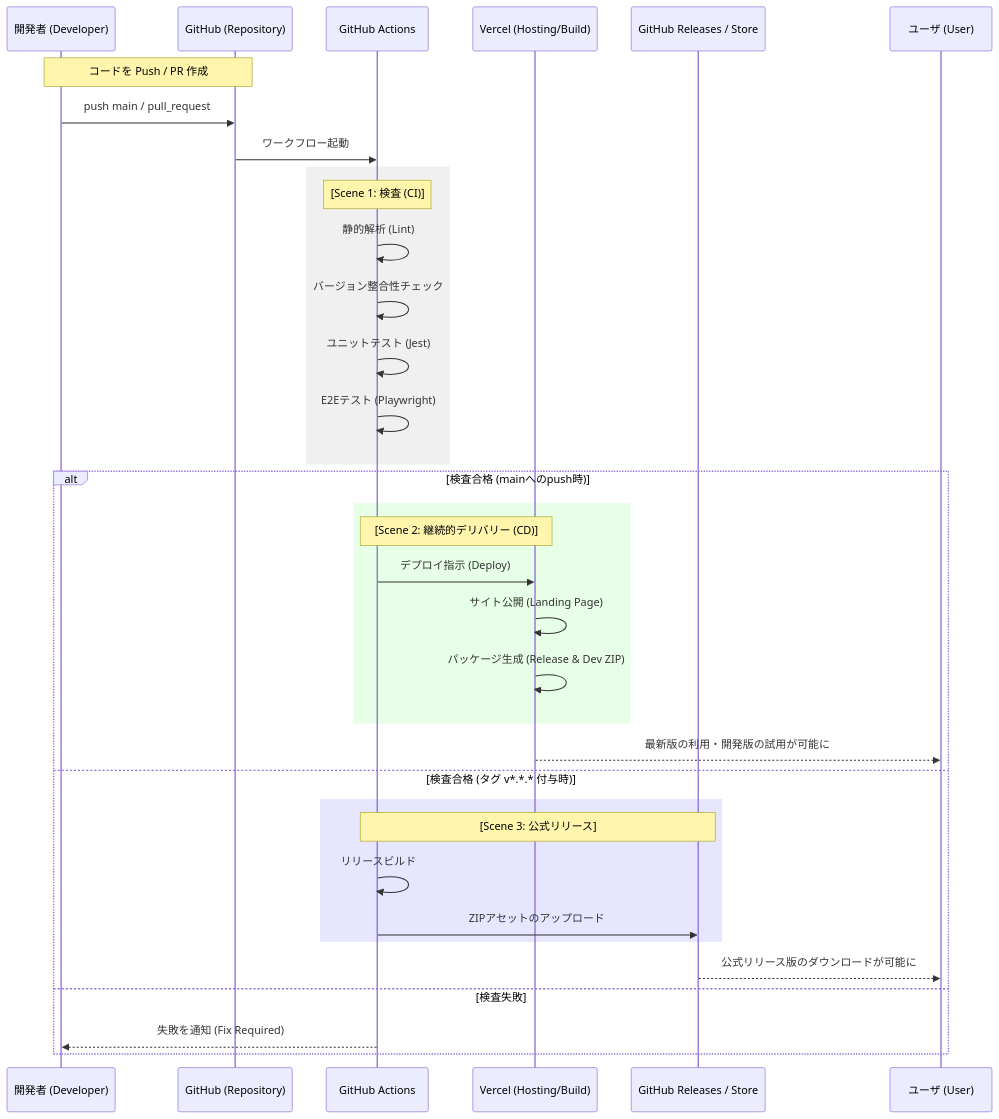
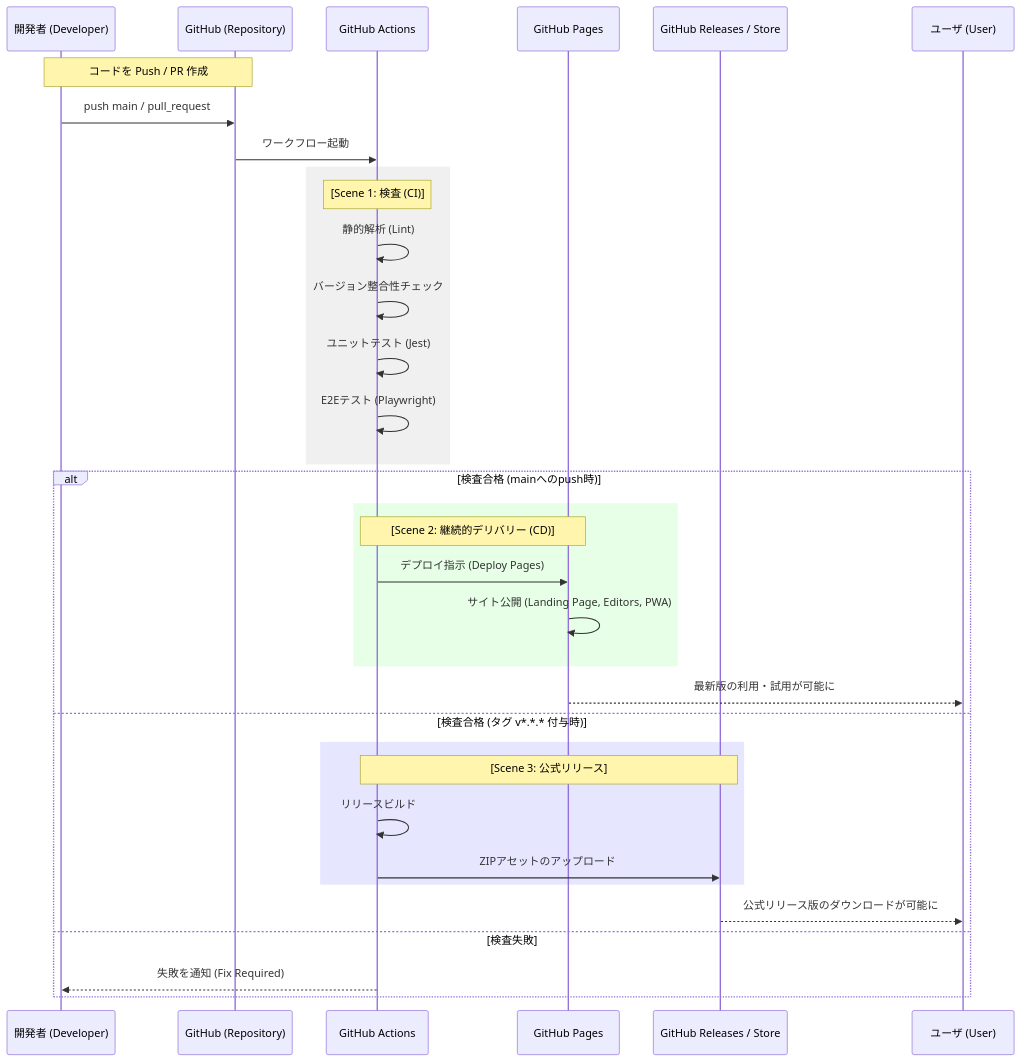
Before and after one commit to masanori-satake/QuickLog-Solo: the first of 4 diagrams in docs/README_DEPLOY.md, drawn with Mermaid. The commit also changed other lines of this file and 20 other files, not shown here.

````diff
--- a/docs/README_DEPLOY.md
+++ b/docs/README_DEPLOY.md
@@ -28,40 +28,39 @@
 ```mermaid
 sequenceDiagram
     participant Dev as 開発者 (Developer)
     participant GH as GitHub (Repository)
     participant GHA as GitHub Actions
-    participant Vercel as Vercel (Hosting/Build)
+    participant Pages as GitHub Pages
     participant Store as GitHub Releases / Store
     participant User as ユーザ (User)
 
     Note over Dev, GH: コードを Push / PR 作成
     Dev->>GH: push main / pull_request
     GH->>GHA: ワークフロー起動
 
     rect rgb(240, 240, 240)
         Note over GHA: [Scene 1: 検査 (CI)]
         GHA->>GHA: 静的解析 (Lint)
         GHA->>GHA: バージョン整合性チェック
         GHA->>GHA: ユニットテスト (Jest)
         GHA->>GHA: E2Eテスト (Playwright)
     end
 
     alt 検査合格 (mainへのpush時)
         rect rgb(230, 255, 230)
-            Note over GHA, Vercel: [Scene 2: 継続的デリバリー (CD)]
-            GHA->>Vercel: デプロイ指示 (Deploy)
-            Vercel->>Vercel: サイト公開 (Landing Page)
-            Vercel->>Vercel: パッケージ生成 (Release & Dev ZIP)
+            Note over GHA, Pages: [Scene 2: 継続的デリバリー (CD)]
+            GHA->>Pages: デプロイ指示 (Deploy Pages)
+            Pages->>Pages: サイト公開 (Landing Page, Editors, PWA)
         end
-        Vercel-->>User: 最新版の利用・開発版の試用が可能に
+        Pages-->>User: 最新版の利用・試用が可能に
     else 検査合格 (タグ v*.*.* 付与時)
         rect rgb(230, 230, 255)
             Note over GHA, Store: [Scene 3: 公式リリース]
             GHA->>GHA: リリースビルド
             GHA->>Store: ZIPアセットのアップロード
         end
         Store-->>User: 公式リリース版のダウンロードが可能に
     else 検査失敗
         GHA-->>Dev: 失敗を通知 (Fix Required)
     end
 ```
````
